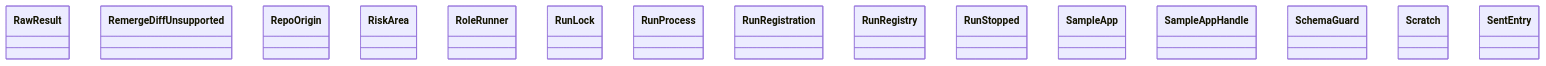
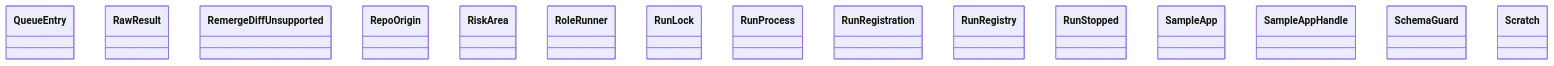
The diagram in docs/architecture/generated/classes-process-application-support-6.md (GonzaloZevallos/agentic-system), drawn with Mermaid before and after one commit. The commit also changed other lines of this file and 3 other files, not shown here.

Commit message:
Regenerate architecture docs for QueueEntry and Tracker.queue_entries

````diff
--- a/docs/architecture/generated/classes-process-application-support-6.md
+++ b/docs/architecture/generated/classes-process-application-support-6.md
@@ -21,18 +21,18 @@
 ```mermaid
 classDiagram
+    class ports__QueueEntry["QueueEntry"]
     class ports__RawResult["RawResult"]
     class ports__RemergeDiffUnsupported["RemergeDiffUnsupported"]
     class ports__RepoOrigin["RepoOrigin"]
     class ports__RiskArea["RiskArea"]
     class ports__RoleRunner["RoleRunner"]
     class ports__RunLock["RunLock"]
     class ports__RunProcess["RunProcess"]
     class ports__RunRegistration["RunRegistration"]
     class ports__RunRegistry["RunRegistry"]
     class ports__RunStopped["RunStopped"]
     class ports__SampleApp["SampleApp"]
     class ports__SampleAppHandle["SampleAppHandle"]
     class ports__SchemaGuard["SchemaGuard"]
     class ports__Scratch["Scratch"]
-    class ports__SentEntry["SentEntry"]
 ```
````
